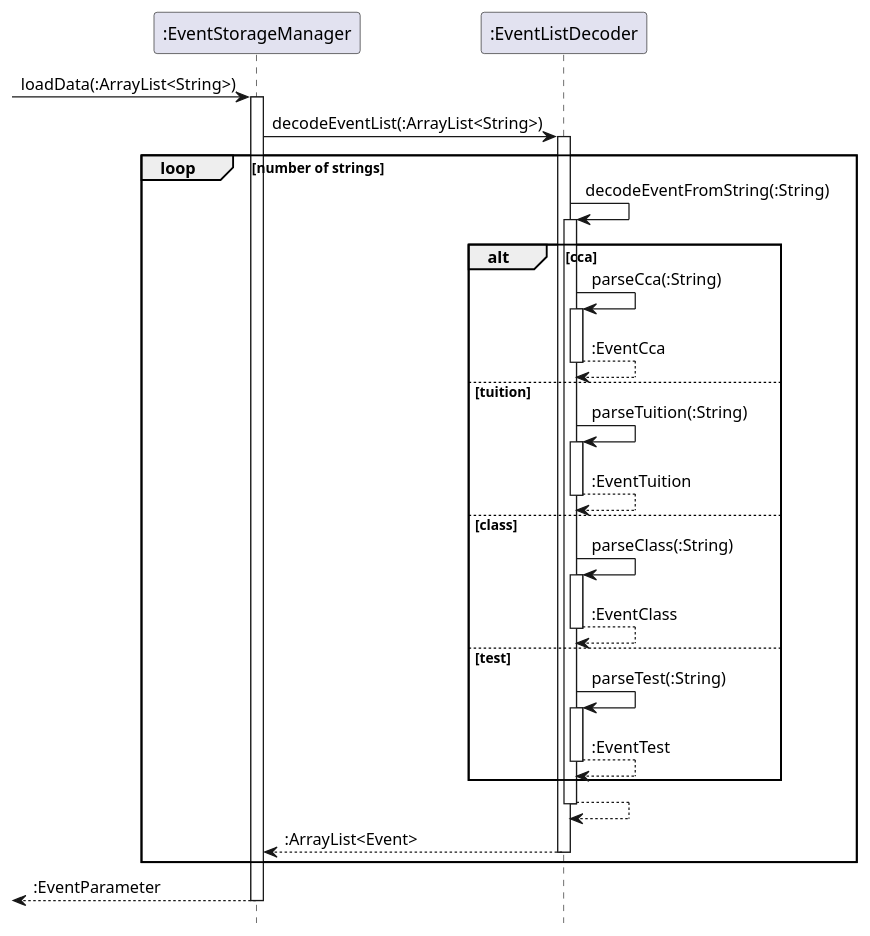
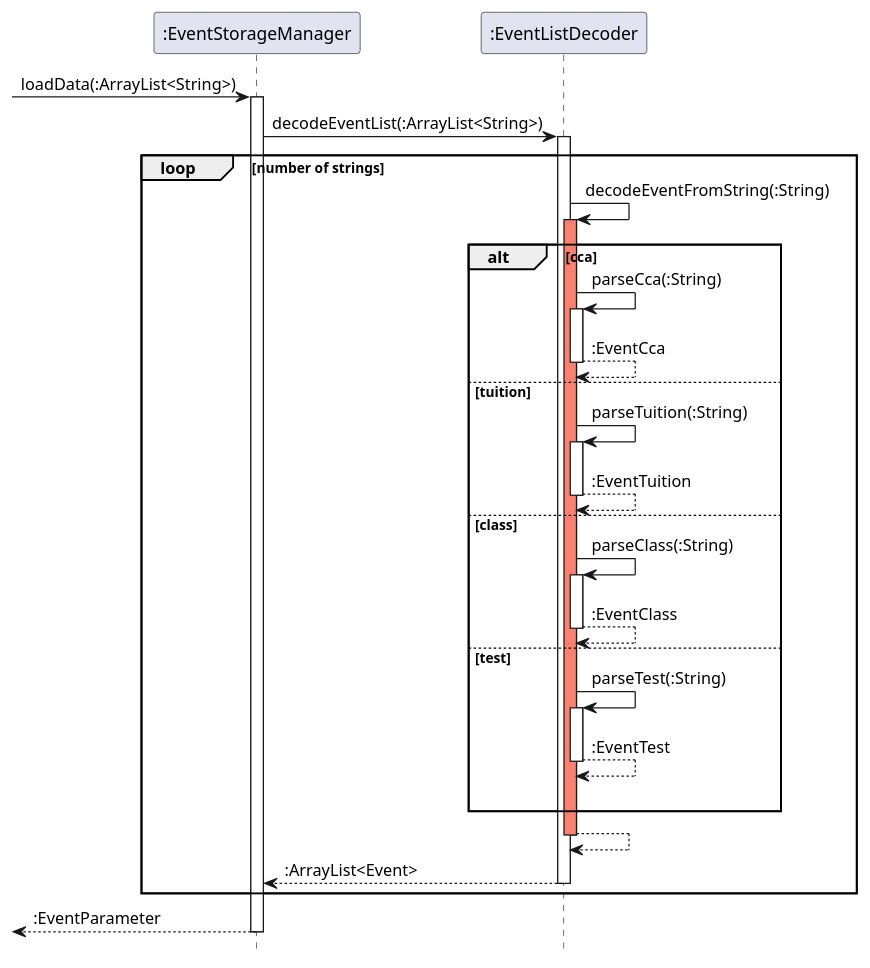
Before and after one commit to untitle4/tp: the diagram in docs/plantuml/EventStorageReadSequence.puml, drawn with PlantUML. The commit also changed 2 other files, not shown here.

Commit message:
Update uml diagram

```diff
--- a/docs/plantuml/EventStorageReadSequence.puml
+++ b/docs/plantuml/EventStorageReadSequence.puml
@@ -1,40 +1,41 @@
 @startuml
 hide footbox
 
 -> ":EventStorageManager" : loadData(:ArrayList<String>)
 activate ":EventStorageManager"
 ":EventStorageManager" -> ":EventListDecoder" : decodeEventList(:ArrayList<String>)
 activate ":EventListDecoder"
 
 loop number of strings
 ":EventListDecoder" -> ":EventListDecoder" : decodeEventFromString(:String)
-activate ":EventListDecoder"
+activate ":EventListDecoder" #salmon
 alt cca
 ":EventListDecoder" -> ":EventListDecoder" : parseCca(:String)
 activate ":EventListDecoder"
 ":EventListDecoder" --> ":EventListDecoder" : :EventCca
 deactivate ":EventListDecoder"
 else tuition
 ":EventListDecoder" -> ":EventListDecoder" : parseTuition(:String)
 activate ":EventListDecoder"
 ":EventListDecoder" --> ":EventListDecoder" : :EventTuition
 deactivate ":EventListDecoder"
 else class
 ":EventListDecoder" -> ":EventListDecoder" : parseClass(:String)
 activate ":EventListDecoder"
 ":EventListDecoder" --> ":EventListDecoder" : :EventClass
 deactivate ":EventListDecoder"
 else test
 ":EventListDecoder" -> ":EventListDecoder" : parseTest(:String)
 activate ":EventListDecoder"
 ":EventListDecoder" --> ":EventListDecoder" : :EventTest
 deactivate ":EventListDecoder"
+|||
 end alt
 ":EventListDecoder" --> ":EventListDecoder"
 deactivate ":EventListDecoder"
 ":EventListDecoder" --> ":EventStorageManager" : :ArrayList<Event>
 deactivate ":EventListDecoder"
 end loop
 <-- ":EventStorageManager" : :EventParameter
 deactivate ":EventStorageManager"
 @enduml
```
